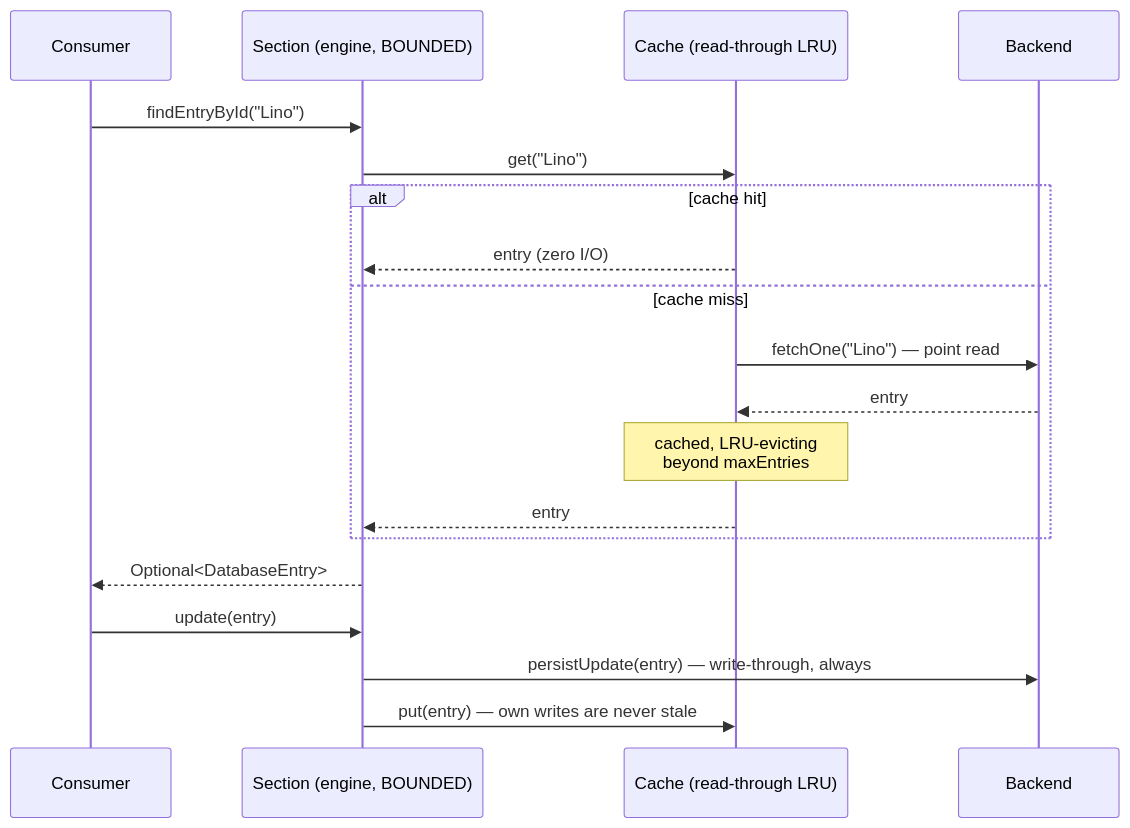
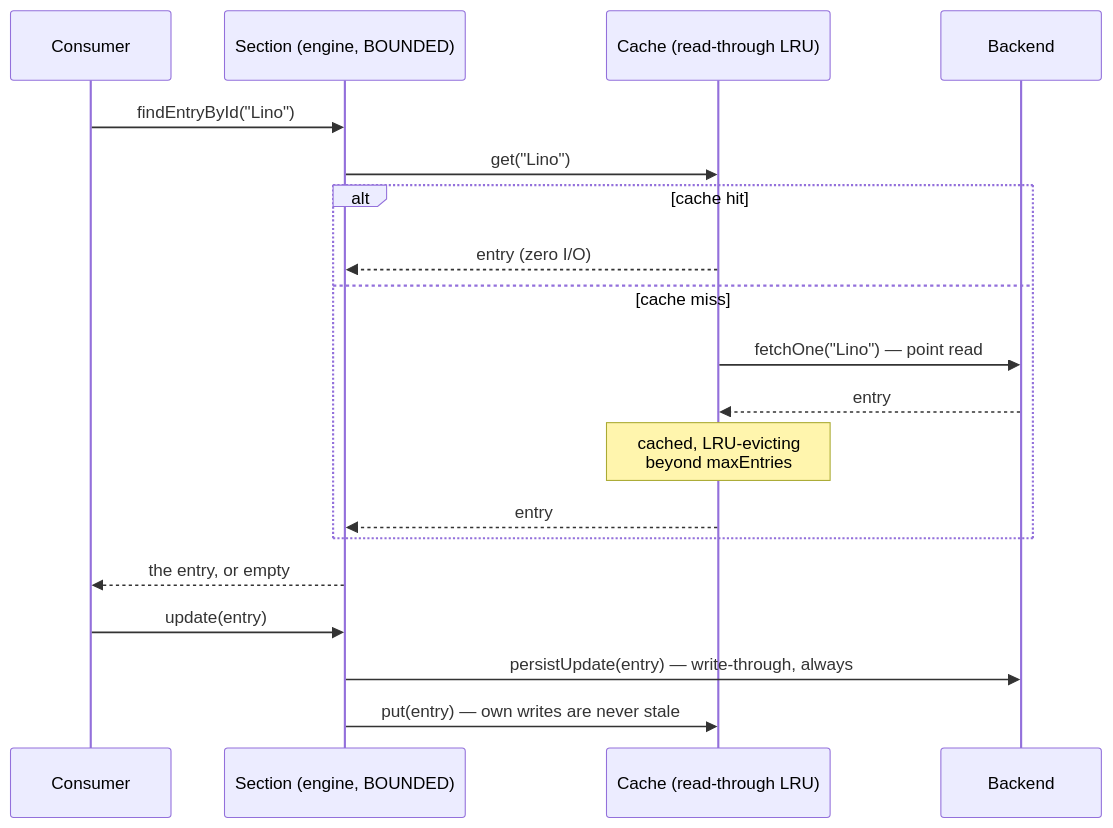
The third of 3 diagrams in README.md (linoalessio/database-driver-v2), drawn with Mermaid before and after one commit. The commit also changed other lines of this file and 9 other files, not shown here.

````diff
--- a/README.md
+++ b/README.md
@@ -181,23 +176,23 @@
 ```mermaid
 sequenceDiagram
     participant App as Consumer
     participant Sec as Section (engine, BOUNDED)
     participant Cache as Cache (read-through LRU)
     participant BE as Backend
 
     App->>Sec: findEntryById("Lino")
     Sec->>Cache: get("Lino")
     alt cache hit
         Cache-->>Sec: entry (zero I/O)
     else cache miss
         Cache->>BE: fetchOne("Lino") — point read
         BE-->>Cache: entry
         Note over Cache: cached, LRU-evicting<br/>beyond maxEntries
         Cache-->>Sec: entry
     end
-    Sec-->>App: Optional<DatabaseEntry>
+    Sec-->>App: the entry, or empty
 
     App->>Sec: update(entry)
     Sec->>BE: persistUpdate(entry) — write-through, always
     Sec->>Cache: put(entry) — own writes are never stale
 ```
````
